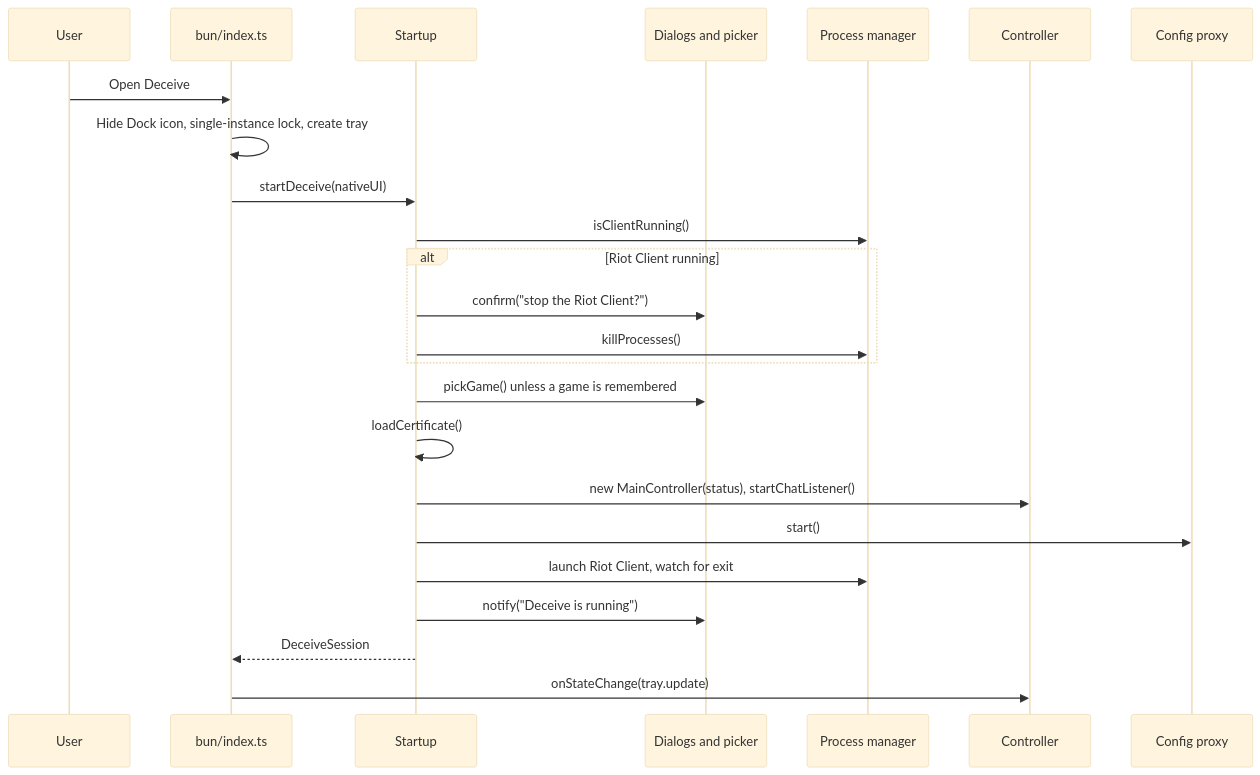
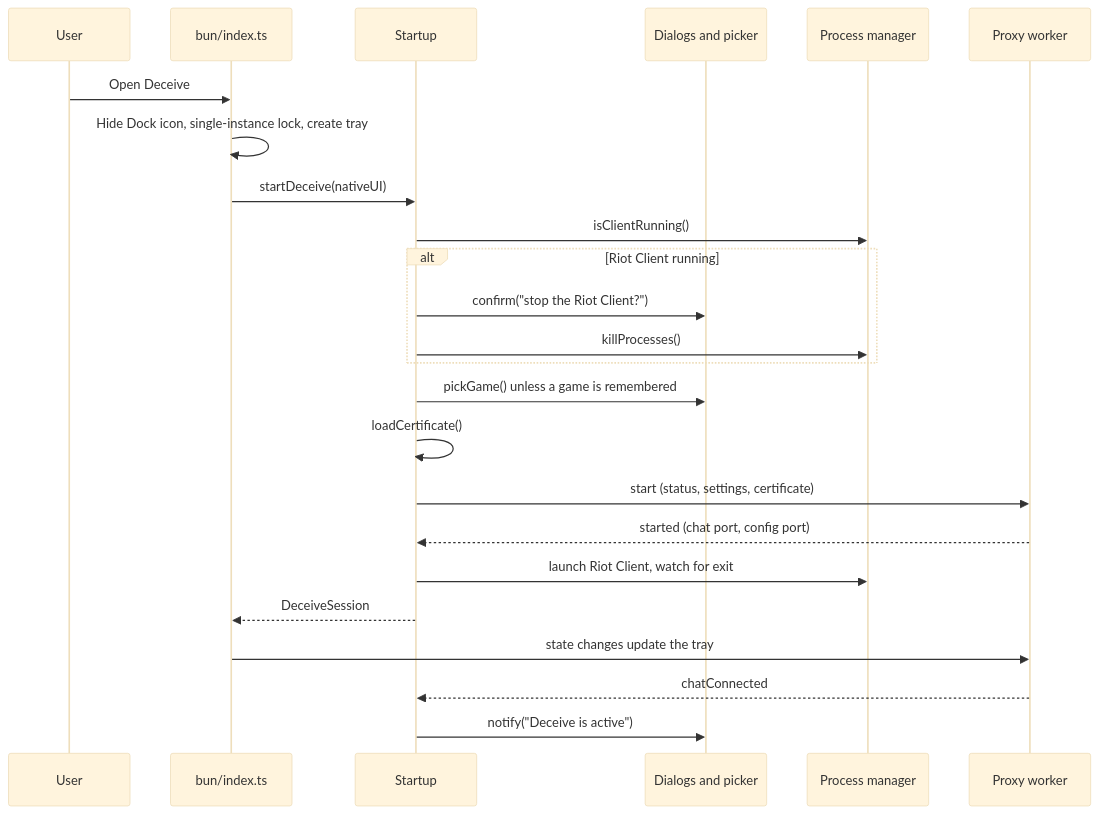
The second of 3 diagrams in docs/ARCHITECTURE.md (Dyn4sty/deceive-js), drawn with Mermaid (base theme) before and after one commit. The commit also changed other lines of this file and 23 other files, not shown here.

First line of the commit message:
fix: harden the chat proxy against split stanzas, dropped writes and blocking dialogs

````diff
--- a/docs/ARCHITECTURE.md
+++ b/docs/ARCHITECTURE.md
@@ -93,27 +109,27 @@
 ```mermaid
 sequenceDiagram
     participant User
     participant Main as bun/index.ts
     participant Startup
     participant UI as Dialogs and picker
     participant ProcessMgr as Process manager
-    participant Controller
-    participant ConfigProxy as Config proxy
+    participant Worker as Proxy worker
 
     User->>Main: Open Deceive
     Main->>Main: Hide Dock icon, single-instance lock, create tray
     Main->>Startup: startDeceive(nativeUI)
     Startup->>ProcessMgr: isClientRunning()
     alt Riot Client running
         Startup->>UI: confirm("stop the Riot Client?")
         Startup->>ProcessMgr: killProcesses()
     end
     Startup->>UI: pickGame() unless a game is remembered
     Startup->>Startup: loadCertificate()
-    Startup->>Controller: new MainController(status), startChatListener()
-    Startup->>ConfigProxy: start()
+    Startup->>Worker: start (status, settings, certificate)
+    Worker-->>Startup: started (chat port, config port)
     Startup->>ProcessMgr: launch Riot Client, watch for exit
-    Startup->>UI: notify("Deceive is running")
     Startup-->>Main: DeceiveSession
-    Main->>Controller: onStateChange(tray.update)
+    Main->>Worker: state changes update the tray
+    Worker-->>Startup: chatConnected
+    Startup->>UI: notify("Deceive is active")
 ```
````
